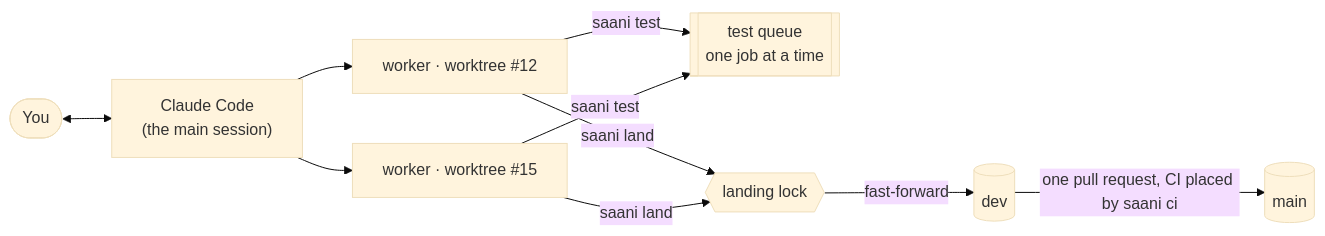
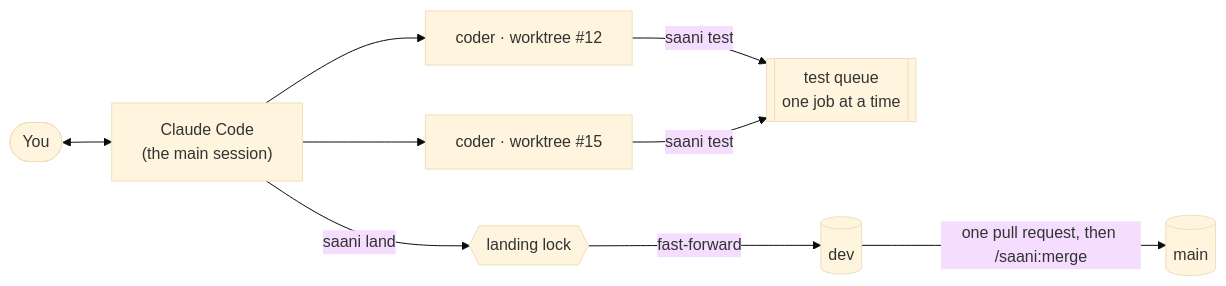
One commit to lordlothar99/saani changed the diagram in README.md. Above: the diagram before and after it, drawn with Mermaid (base theme). The commit also changed other lines of this file, not shown here.

First line of the commit message:
README: rewritten around the auto run (here/away, the guard, the pull request, /saani:merge and its release), then the commands at the keyboard (refs #37)

````diff
--- a/README.md
+++ b/README.md
@@ -30,9 +31,9 @@
 ```mermaid
 flowchart LR
     you(["You"]) <--> arch["Claude Code<br/>(the main session)"]
-    arch --> w1["worker · worktree #12"] & w2["worker · worktree #15"]
+    arch --> w1["coder · worktree #12"] & w2["coder · worktree #15"]
     w1 & w2 -->|saani test| q[["test queue<br/>one job at a time"]]
-    w1 & w2 -->|saani land| lock{{"landing lock"}}
+    arch -->|saani land| lock{{"landing lock"}}
     lock -->|fast-forward| dev[("dev")]
-    dev -->|one pull request, CI placed by saani ci| main[("main")]
+    dev -->|one pull request, then /saani:merge| main[("main")]
 ```
````
